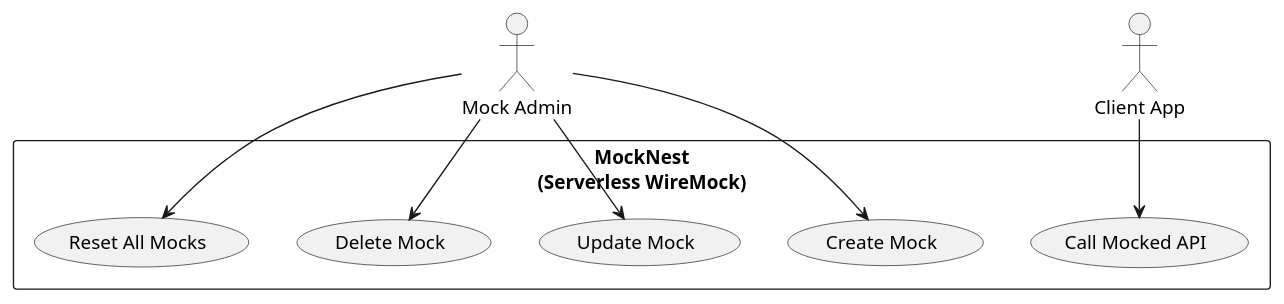
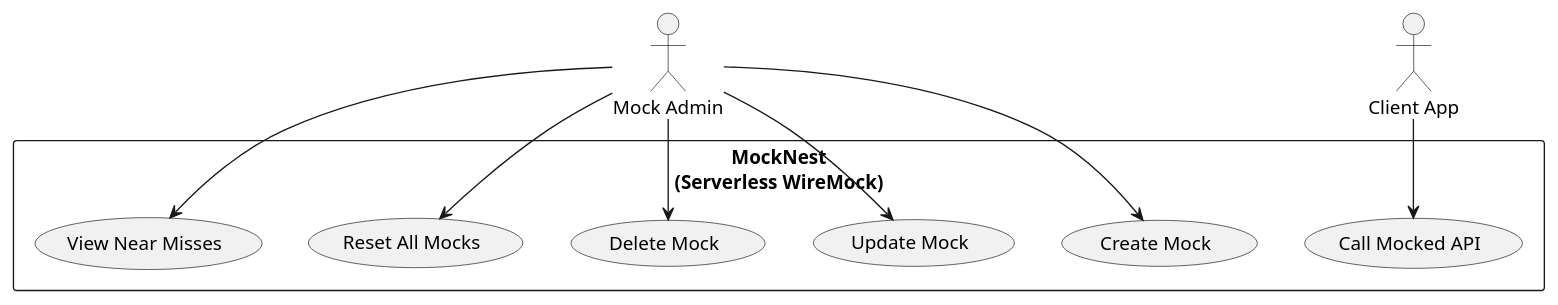
One commit to elenavanengelenmaslova/kotlin-spring-cloud-function-clean-architecture-demo changed the diagram in README.md. Above: the diagram before and after it, drawn with PlantUML. The commit also changed other lines of this file, not shown here.

````diff
--- a/README.md
+++ b/README.md
@@ -4,26 +5,28 @@
 ```plantuml
 
 @startuml
 
 actor "Mock Admin" as Admin
 actor "Client App" as Client
 
 rectangle "MockNest\n(Serverless WireMock)" {
   (Create Mock) as Create
   (Update Mock) as Update
   (Delete Mock) as Delete
   (Reset All Mocks) as Reset
+  (View Near Misses) as NearMisses
   (Call Mocked API) as Call
 }
 
 Admin --> Create
 Admin --> Update
 Admin --> Delete
 Admin --> Reset
+Admin --> NearMisses
 
 Client --> Call
 @enduml
 
 
 
 ```
````
